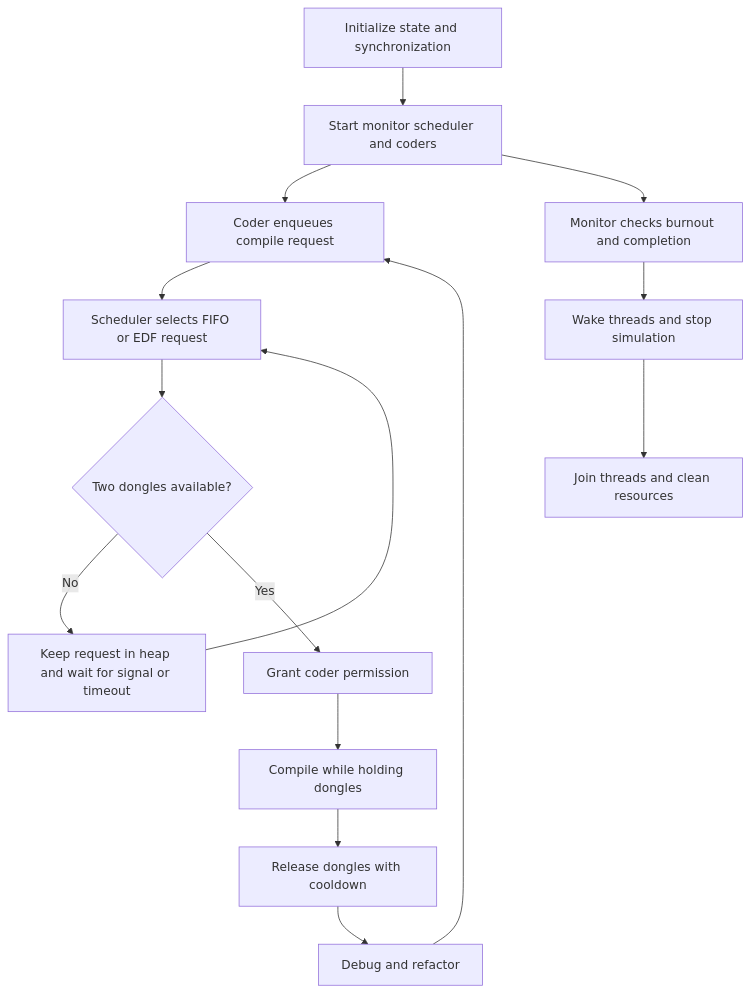
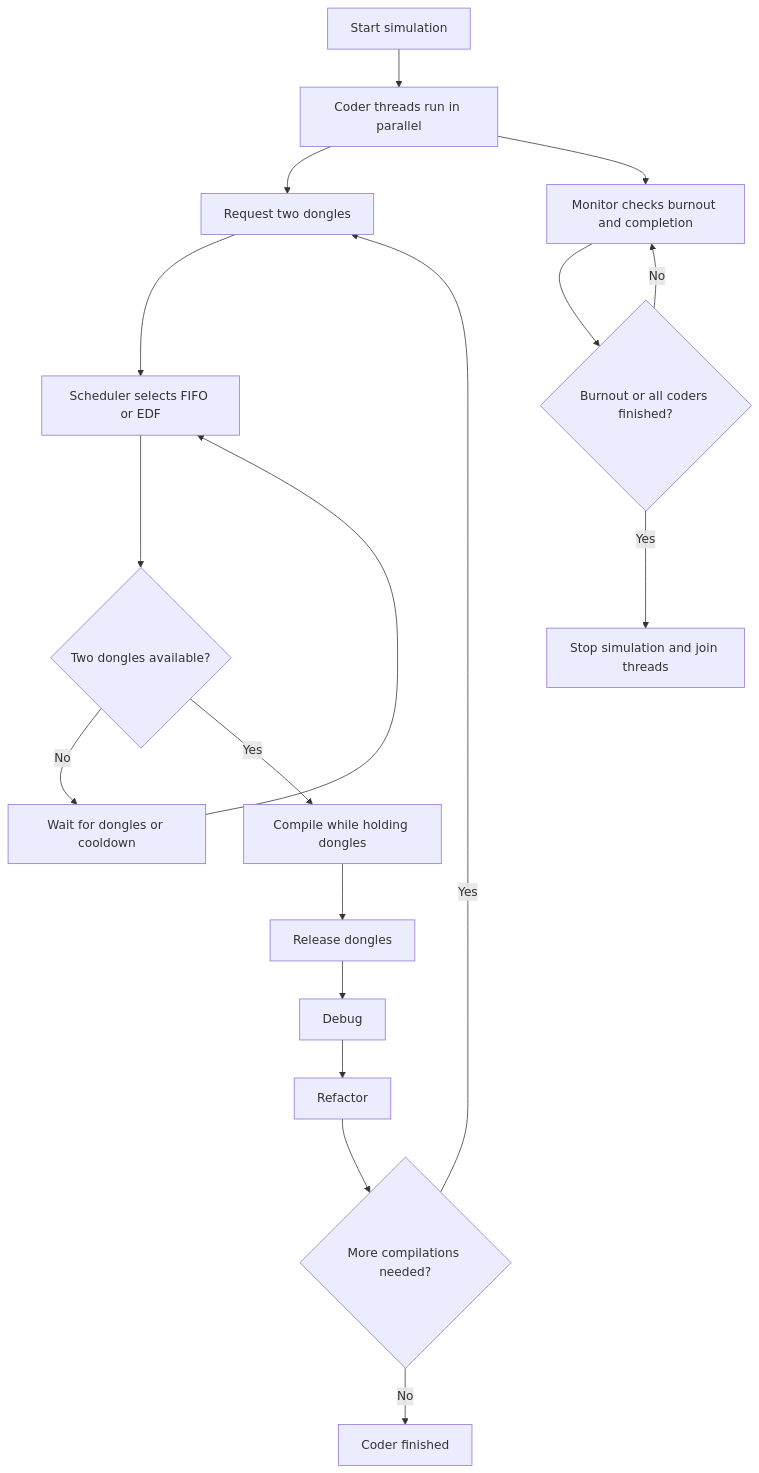
Before and after one commit to tokiiniaina/Codexion: the diagram in coders/README.md, drawn with Mermaid. The commit also changed other lines of this file and 22 other files, not shown here.

````diff
--- a/coders/README.md
+++ b/coders/README.md
@@ -117,17 +101,20 @@
 ```mermaid
 flowchart TD
-  A[Initialize state and synchronization] --> B[Start monitor scheduler and coders]
-  B --> C[Coder enqueues compile request]
-  C --> D[Scheduler selects FIFO or EDF request]
-  D --> E{Two dongles available?}
-  E -- No --> F[Keep request in heap and wait for signal or timeout]
-  F --> D
-  E -- Yes --> G[Grant coder permission]
-  G --> H[Compile while holding dongles]
-  H --> I[Release dongles with cooldown]
-  I --> J[Debug and refactor]
-  J --> C
-  B --> K[Monitor checks burnout and completion]
-  K --> L[Wake threads and stop simulation]
-  L --> M[Join threads and clean resources]
+    A[Start simulation] --> B[Coder threads run in parallel]
+    B --> C[Request two dongles]
+    C --> D[Scheduler selects FIFO or EDF]
+    D --> E{Two dongles available?}
+    E -- No --> F[Wait for dongles or cooldown]
+    F --> D
+    E -- Yes --> G[Compile while holding dongles]
+    G --> H[Release dongles]
+    H --> I[Debug]
+    I --> J[Refactor]
+    J --> K{More compilations needed?}
+    K -- Yes --> C
+    K -- No --> L[Coder finished]
+    B --> M[Monitor checks burnout and completion]
+    M --> N{Burnout or all coders finished?}
+    N -- No --> M
+    N -- Yes --> O[Stop simulation and join threads]
 ```
````
